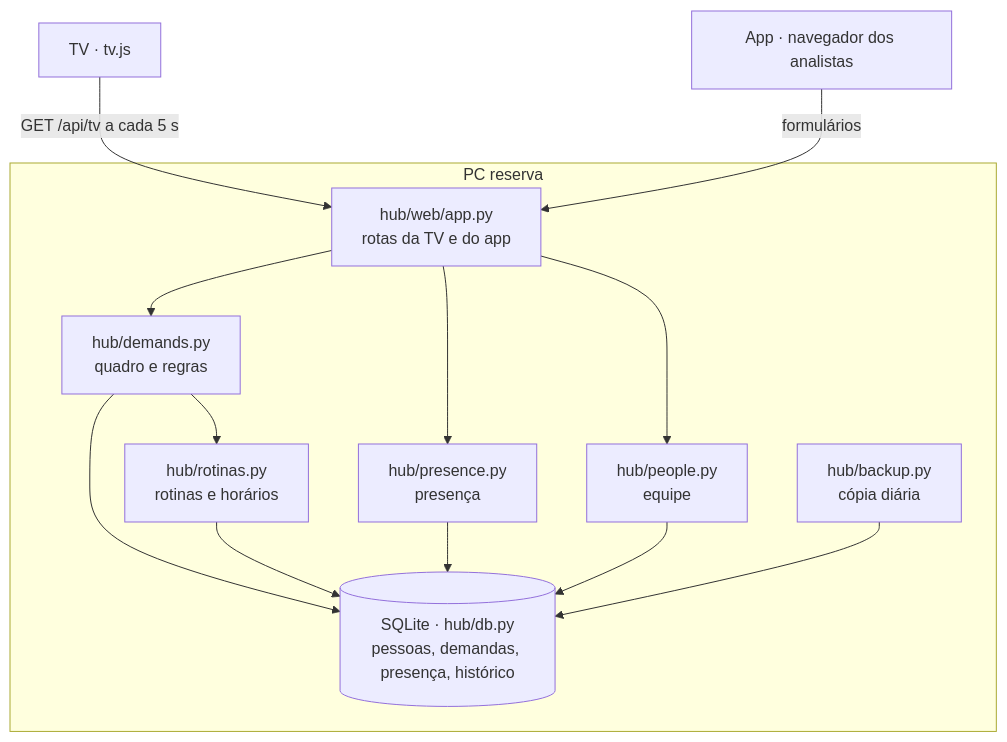
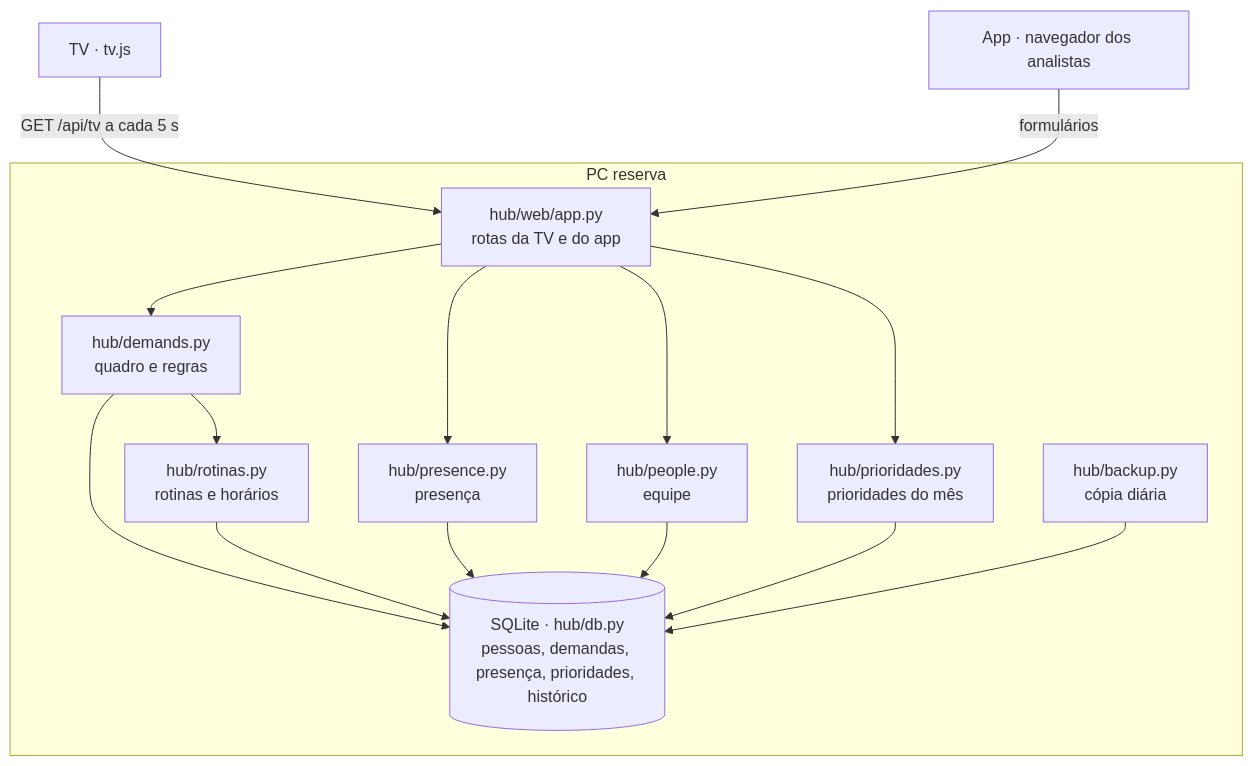
One commit to fishman2004/hub-analistas changed the diagram in docs/arquitetura.md. Above: the diagram before and after it, drawn with Mermaid. The commit also changed other lines of this file and 21 other files, not shown here.

First line of the commit message:
feat: prioridades do mês, com tela na TV até tudo estar feito

````diff
--- a/docs/arquitetura.md
+++ b/docs/arquitetura.md
@@ -8,16 +8,18 @@
 ```mermaid
 flowchart TB
     subgraph PC reserva
         W[hub/web/app.py<br>rotas da TV e do app] --> D[hub/demands.py<br>quadro e regras]
         W --> P[hub/presence.py<br>presença]
         W --> PE[hub/people.py<br>equipe]
         D --> R[hub/rotinas.py<br>rotinas e horários]
-        D --> DB[(SQLite · hub/db.py<br>pessoas, demandas, presença, histórico)]
+        W --> PR[hub/prioridades.py<br>prioridades do mês]
+        D --> DB[(SQLite · hub/db.py<br>pessoas, demandas, presença, prioridades, histórico)]
         R --> DB
         P --> DB
         PE --> DB
+        PR --> DB
         B[hub/backup.py<br>cópia diária] --> DB
     end
     TV[TV · tv.js] -- GET /api/tv a cada 5 s --> W
     APP[App · navegador dos analistas] -- formulários --> W
 ```
````
